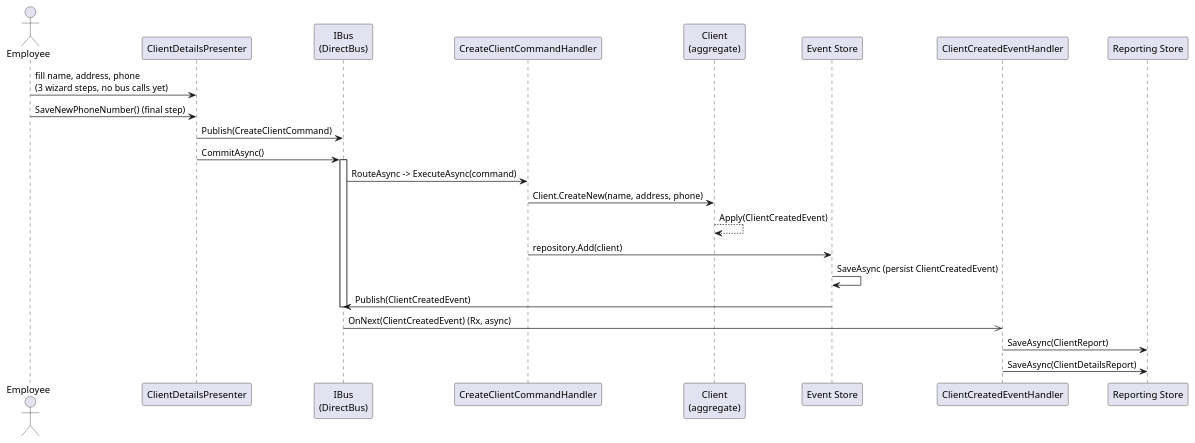
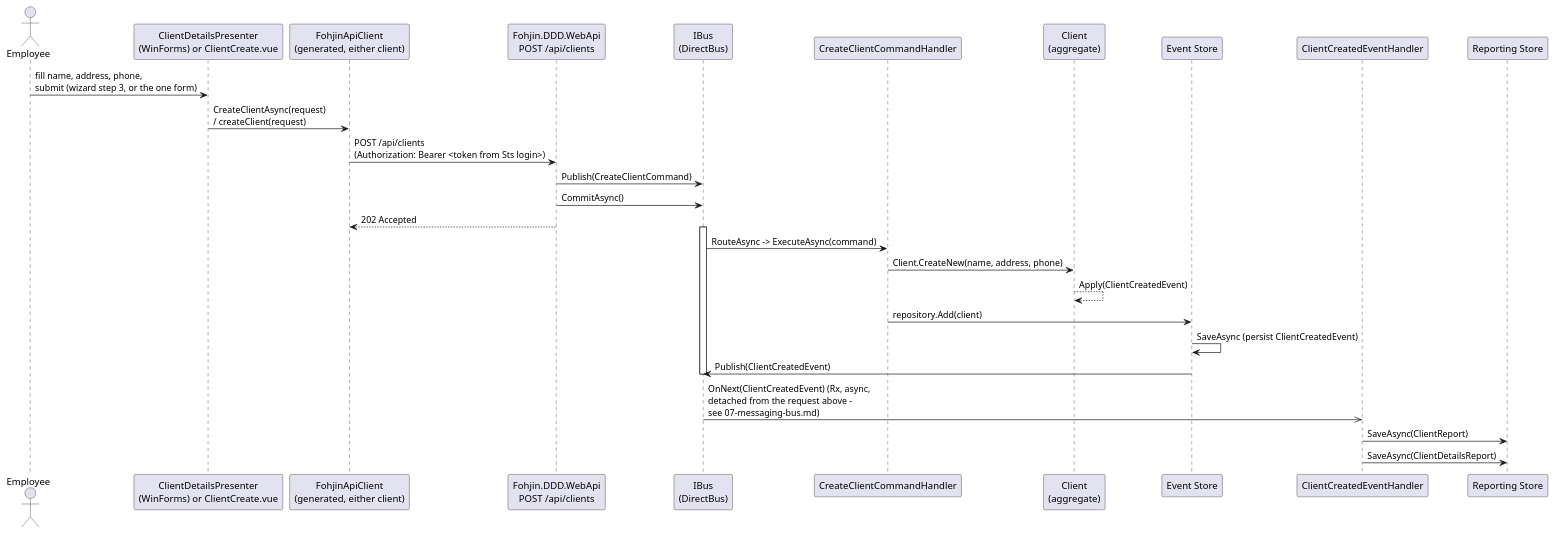
One commit to Mwwhited-BookLearning/fohjin-cqrs changed the second of 3 diagrams in docs/01-client-management.md. Above: the diagram before and after it, drawn with PlantUML. The commit also changed other lines of this file and 8 other files, not shown here.

````diff
--- a/docs/01-client-management.md
+++ b/docs/01-client-management.md
@@ -91,28 +94,32 @@
 ```plantuml
 @startuml
 actor Employee
-participant "ClientDetailsPresenter" as Presenter
+participant "ClientDetailsPresenter\n(WinForms) or ClientCreate.vue" as Client
+participant "FohjinApiClient\n(generated, either client)" as ApiClient
+participant "Fohjin.DDD.WebApi\nPOST /api/clients" as Endpoint
 participant "IBus\n(DirectBus)" as Bus
 participant "CreateClientCommandHandler" as Handler
-participant "Client\n(aggregate)" as Client
+participant "Client\n(aggregate)" as Aggregate
 participant "Event Store" as Store
 participant "ClientCreatedEventHandler" as EvtHandler
 participant "Reporting Store" as Reporting
 
-Employee -> Presenter : fill name, address, phone\n(3 wizard steps, no bus calls yet)
-Employee -> Presenter : SaveNewPhoneNumber() (final step)
-Presenter -> Bus : Publish(CreateClientCommand)
-Presenter -> Bus : CommitAsync()
+Employee -> Client : fill name, address, phone,\nsubmit (wizard step 3, or the one form)
+Client -> ApiClient : CreateClientAsync(request)\n/ createClient(request)
+ApiClient -> Endpoint : POST /api/clients\n(Authorization: Bearer <token from Sts login>)
+Endpoint -> Bus : Publish(CreateClientCommand)
+Endpoint -> Bus : CommitAsync()
+Endpoint --> ApiClient : 202 Accepted
 activate Bus
 Bus -> Handler : RouteAsync -> ExecuteAsync(command)
-Handler -> Client : Client.CreateNew(name, address, phone)
-Client --> Client : Apply(ClientCreatedEvent)
+Handler -> Aggregate : Client.CreateNew(name, address, phone)
+Aggregate --> Aggregate : Apply(ClientCreatedEvent)
 Handler -> Store : repository.Add(client)
 Store -> Store : SaveAsync (persist ClientCreatedEvent)
 Store -> Bus : Publish(ClientCreatedEvent)
 deactivate Bus
-Bus ->> EvtHandler : OnNext(ClientCreatedEvent) (Rx, async)
+Bus ->> EvtHandler : OnNext(ClientCreatedEvent) (Rx, async,\ndetached from the request above -\nsee 07-messaging-bus.md)
 EvtHandler -> Reporting : SaveAsync(ClientReport)
 EvtHandler -> Reporting : SaveAsync(ClientDetailsReport)
 @enduml
 ```
````
